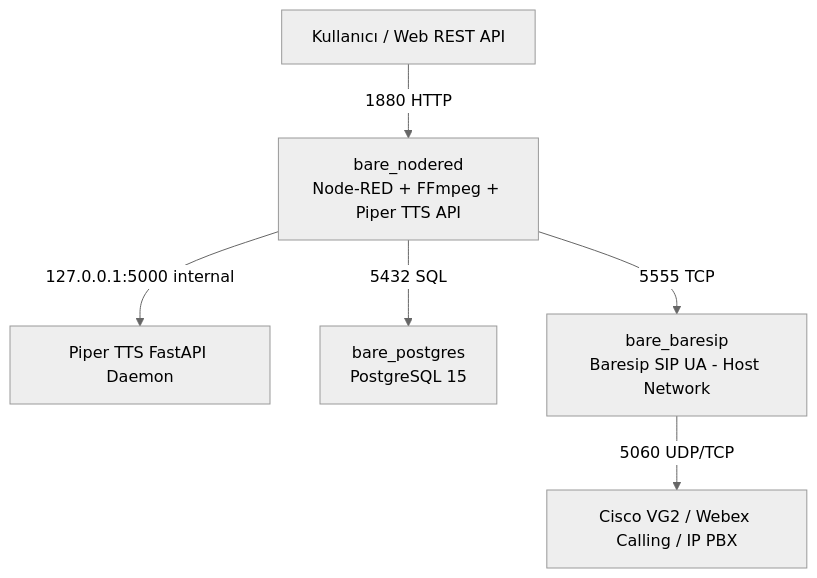
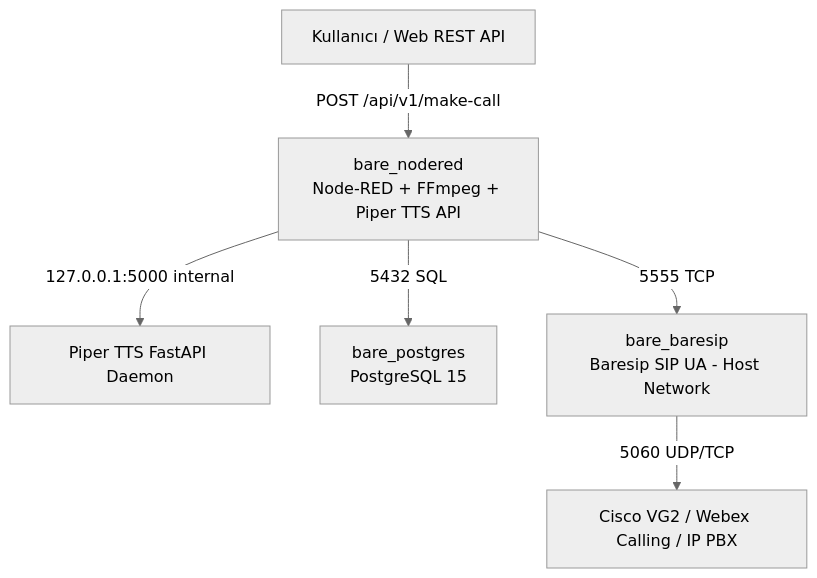
Before and after one commit to ilkermansur/Node_Red_BareSIP_Stack: the diagram in docs/project_architecture_and_learnings.md, drawn with Mermaid (neutral theme). The commit also changed other lines of this file, not shown here.

````diff
--- a/docs/project_architecture_and_learnings.md
+++ b/docs/project_architecture_and_learnings.md
@@ -30,8 +22,8 @@
 ```mermaid
 graph TD
-    Client[Kullanıcı / Web REST API] -->|1880 HTTP| NodeRED[bare_nodered<br/>Node-RED + FFmpeg + Piper TTS API]
+    Client[Kullanıcı / Web REST API] -->|POST /api/v1/make-call| NodeRED[bare_nodered<br/>Node-RED + FFmpeg + Piper TTS API]
     NodeRED -->|127.0.0.1:5000 internal| Piper[Piper TTS FastAPI Daemon]
     NodeRED -->|5432 SQL| Postgres[bare_postgres<br/>PostgreSQL 15]
     NodeRED -->|5555 TCP| Baresip[bare_baresip<br/>Baresip SIP UA - Host Network]
     Baresip -->|5060 UDP/TCP| Trunk[Cisco VG2 / Webex Calling / IP PBX]
 ```
````
